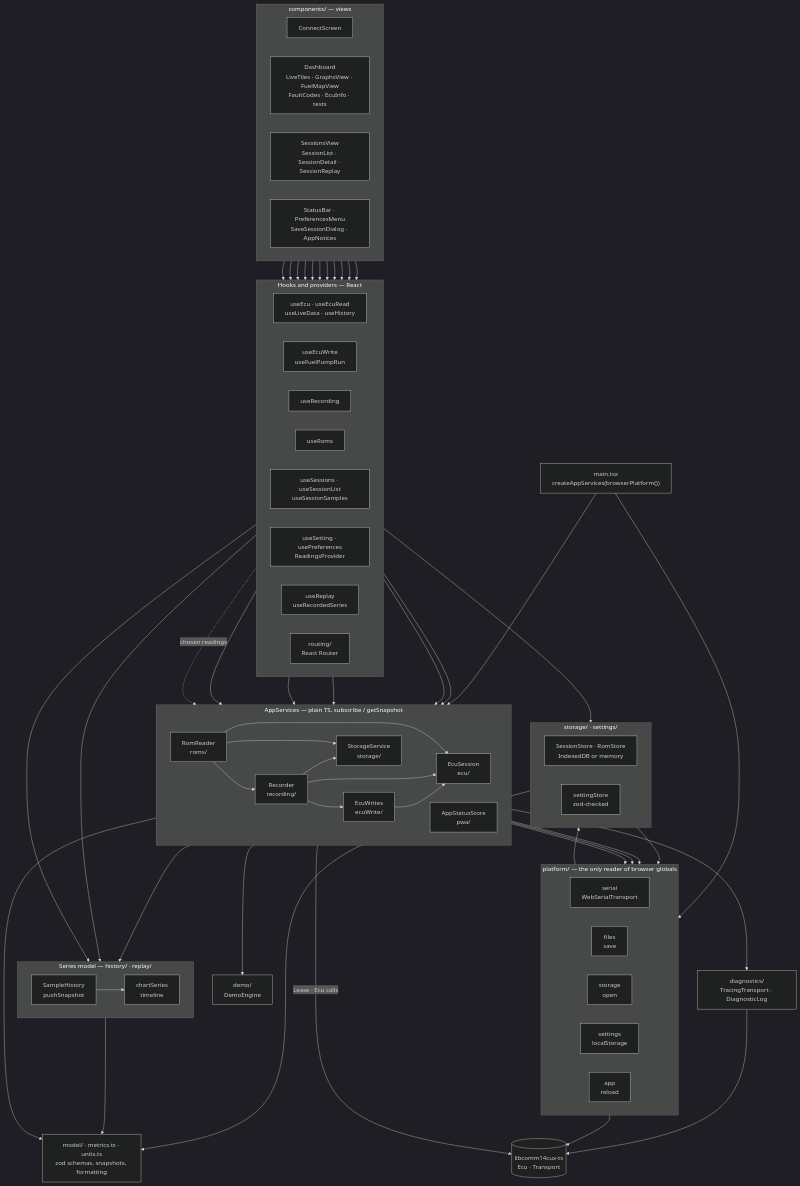
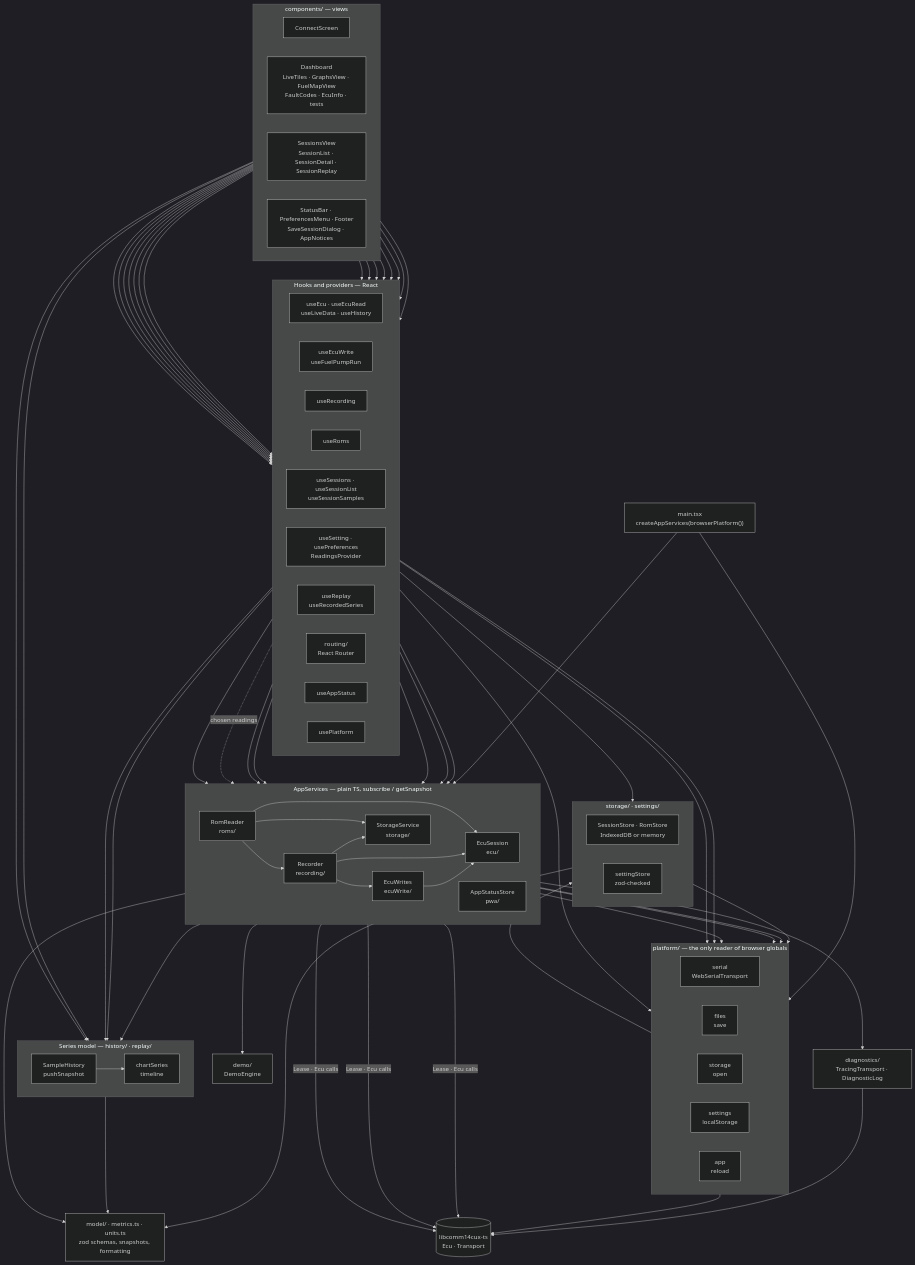
One commit to KB1RMA/14cux-gauge changed the first of 3 diagrams in docs/architecture.md. Above: the diagram before and after it, drawn with Mermaid (dark theme). The commit also changed other lines of this file, not shown here.

First line of the commit message:
docs: correct the architecture diagrams' lease, series and recorder edges

```diff
--- a/docs/architecture.md
+++ b/docs/architecture.md
@@ -18,7 +18,7 @@
     Connect[ConnectScreen]
     Dash["Dashboard<br/>LiveTiles · GraphsView · FuelMapView<br/>FaultCodes · EcuInfo · tests"]
     Sessions["SessionsView<br/>SessionList · SessionDetail · SessionReplay"]
-    Chrome["StatusBar · PreferencesMenu<br/>SaveSessionDialog · AppNotices"]
+    Chrome["StatusBar · PreferencesMenu · Footer<br/>SaveSessionDialog · AppNotices"]
   end
 
   subgraph react["Hooks and providers — React"]
@@ -31,6 +31,8 @@
     HSet["useSetting · usePreferences<br/>ReadingsProvider"]
     HReplay["useReplay<br/>useRecordedSeries"]
     HRoute["routing/<br/>React Router"]
+    HAppStatus[useAppStatus]
+    HPlat[usePlatform]
   end
 
   subgraph services["AppServices — plain TS, subscribe / getSnapshot"]
@@ -80,6 +82,9 @@
   Sessions --> HReplay
   views --> HSet
   views --> HRoute
+  Chrome --> HAppStatus
+  Connect & Sessions & Chrome --> HPlat
+  Dash & Sessions --> ChartSeries
 
   HEcu --> Session
   HWrite --> Writes
@@ -88,8 +93,12 @@
   HSess --> StorageSvc
   HSet --> SettingStore
   HSet -. chosen readings .-> Session
-  HReplay --> ChartSeries
+  HReplay --> SampleHistory
   HEcu --> SampleHistory
+  HAppStatus --> AppStatus
+  HPlat --> Serial
+  HPlat --> Files
+  HPlat --> AppPlat
 
   Writes --> Session
   Recorder --> Session
@@ -103,6 +112,8 @@
   Session --> SampleHistory
   SampleHistory --> ChartSeries
   Session -- "Lease · Ecu calls" --> Lib
+  Writes -- "Lease · Ecu calls" --> Lib
+  Roms -- "Lease · Ecu calls" --> Lib
   Session --> Serial
   Session --> Demo
   Session --> Diag
```
